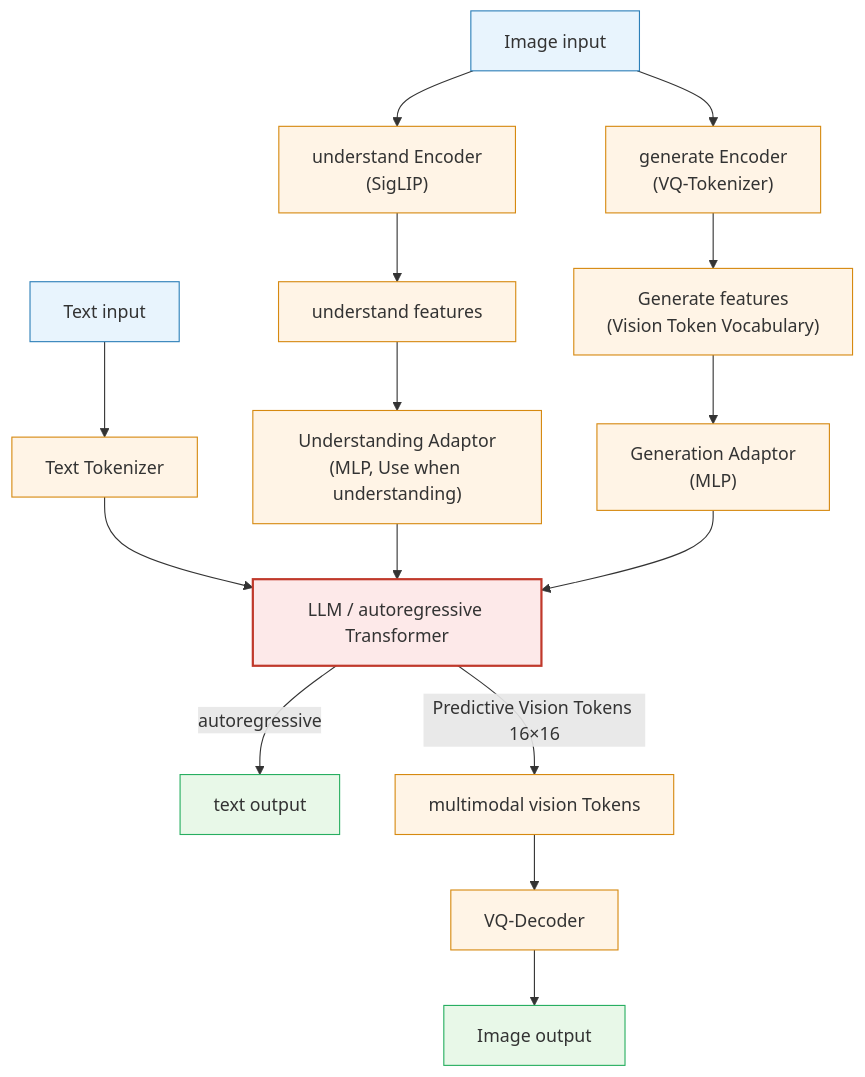
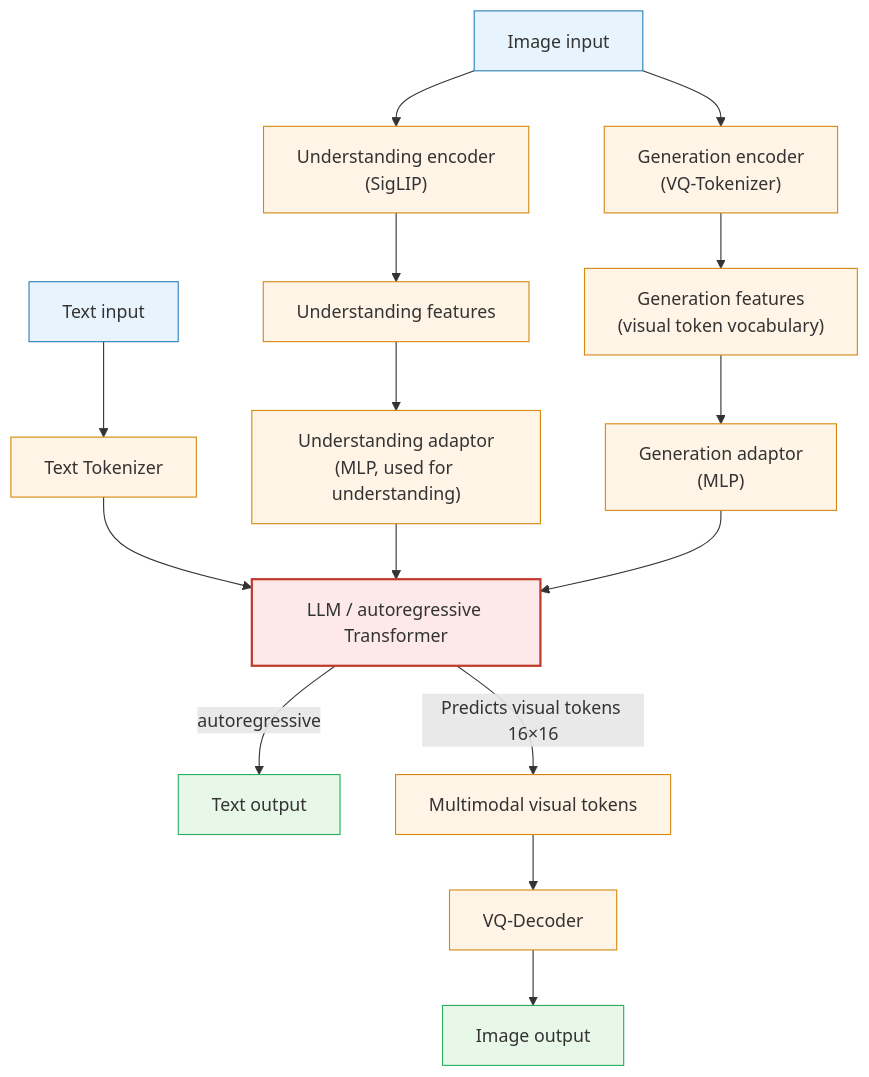
One commit to TingdeLiu/tingdeliu.github.io changed the ninth of 11 diagrams in _translations/en/research/World-Models-Survey.md. Above: the diagram before and after it, drawn with Mermaid. The commit also changed other lines of this file and 51 other files, not shown here.

````diff
--- a/_translations/en/research/World-Models-Survey.md
+++ b/_translations/en/research/World-Models-Survey.md
@@ -2426,31 +2426,31 @@
 ```mermaid
 flowchart TB
     TextIn["Text input"] --> TextTok["Text Tokenizer"]
-    ImgIn["Image input"] --> UndEnc["understand Encoder<br/>(SigLIP)"]
-    ImgIn --> GenEnc["generate Encoder<br/>(VQ-Tokenizer)"]
+    ImgIn["Image input"] --> UndEnc["Understanding encoder<br/>(SigLIP)"]
+    ImgIn --> GenEnc["Generation encoder<br/>(VQ-Tokenizer)"]
 
-    UndEnc --> UndFeat["understand features"]
-    GenEnc --> GenFeat["Generate features<br/>(Vision Token Vocabulary)"]
+    UndEnc --> UndFeat["Understanding features"]
+    GenEnc --> GenFeat["Generation features<br/>(visual token vocabulary)"]
 
-    UndFeat --> UndAdapt["Understanding Adaptor<br/>(MLP, Use when understanding)"]
-    GenFeat --> GenAdapt["Generation Adaptor<br/>(MLP)"]
+    UndFeat --> UndAdapt["Understanding adaptor<br/>(MLP, used for understanding)"]
+    GenFeat --> GenAdapt["Generation adaptor<br/>(MLP)"]
 
     TextTok --> LLM
     UndAdapt --> LLM
     GenAdapt --> LLM
 
-    LLM["LLM / autoregressive Transformer"] -->|autoregressive| TextOut["text output"]
-    LLM -->|Predictive Vision Tokens 16×16| VisTok["multimodal vision Tokens"]
+    LLM["LLM / autoregressive Transformer"] -->|autoregressive| TextOut["Text output"]
+    LLM -->|Predicts visual tokens 16×16| VisTok["Multimodal visual tokens"]
     VisTok --> VQDec["VQ-Decoder"]
     VQDec --> ImgOut["Image output"]
 
     classDef input fill:#e8f4fd,stroke:#2c7fb8,stroke-width:1px;
     classDef enc fill:#fff4e6,stroke:#d68910,stroke-width:1px;
     classDef core fill:#fde9e9,stroke:#c0392b,stroke-width:2px;
     classDef output fill:#e8f8e8,stroke:#27ae60,stroke-width:1px;
 
     class TextIn,ImgIn input;
     class TextTok,UndEnc,GenEnc,UndFeat,GenFeat,UndAdapt,GenAdapt,VisTok,VQDec enc;
     class LLM core;
     class TextOut,ImgOut output;
 ```
````
